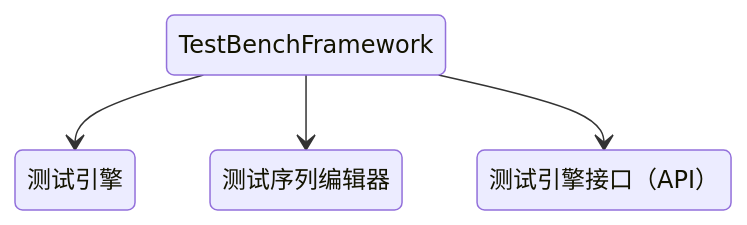
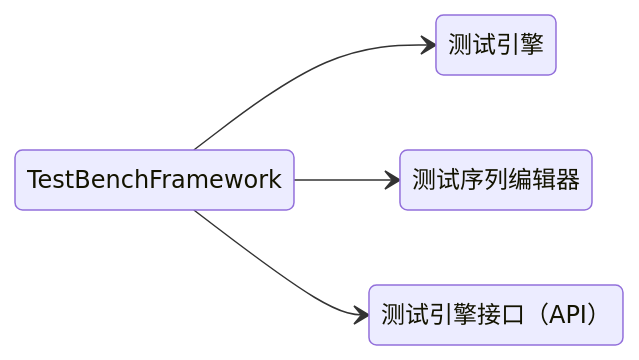
One commit to XiongXinwei-code/test-bench-framework changed the first of 2 diagrams in docs/_docs/框架概览.md. Above: the diagram before and after it, drawn with Mermaid. The commit also changed other lines of this file, not shown here.

````diff
--- a/docs/_docs/框架概览.md
+++ b/docs/_docs/框架概览.md
@@ -10,6 +12,7 @@
 ```mermaid
 stateDiagram
+direction LR
     TestBenchFramework --> 测试引擎
     TestBenchFramework --> 测试序列编辑器
     TestBenchFramework --> 测试引擎接口（API）
 ```
````
